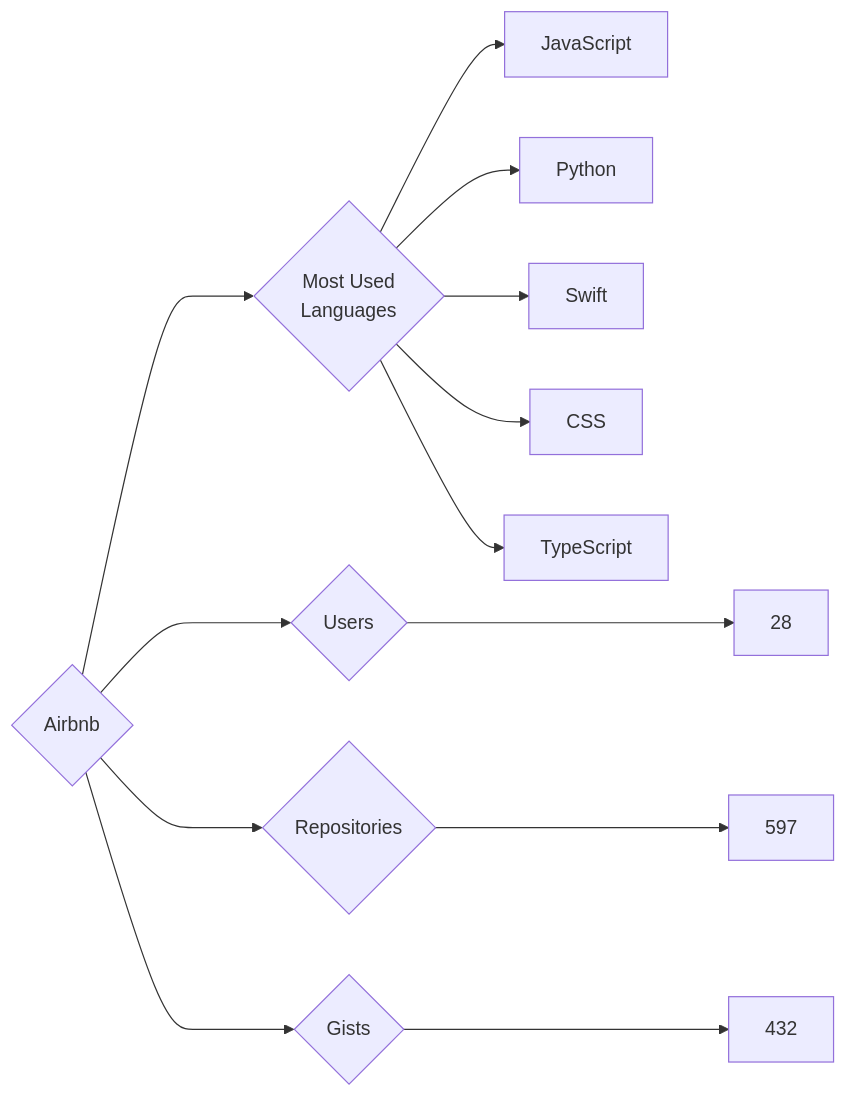
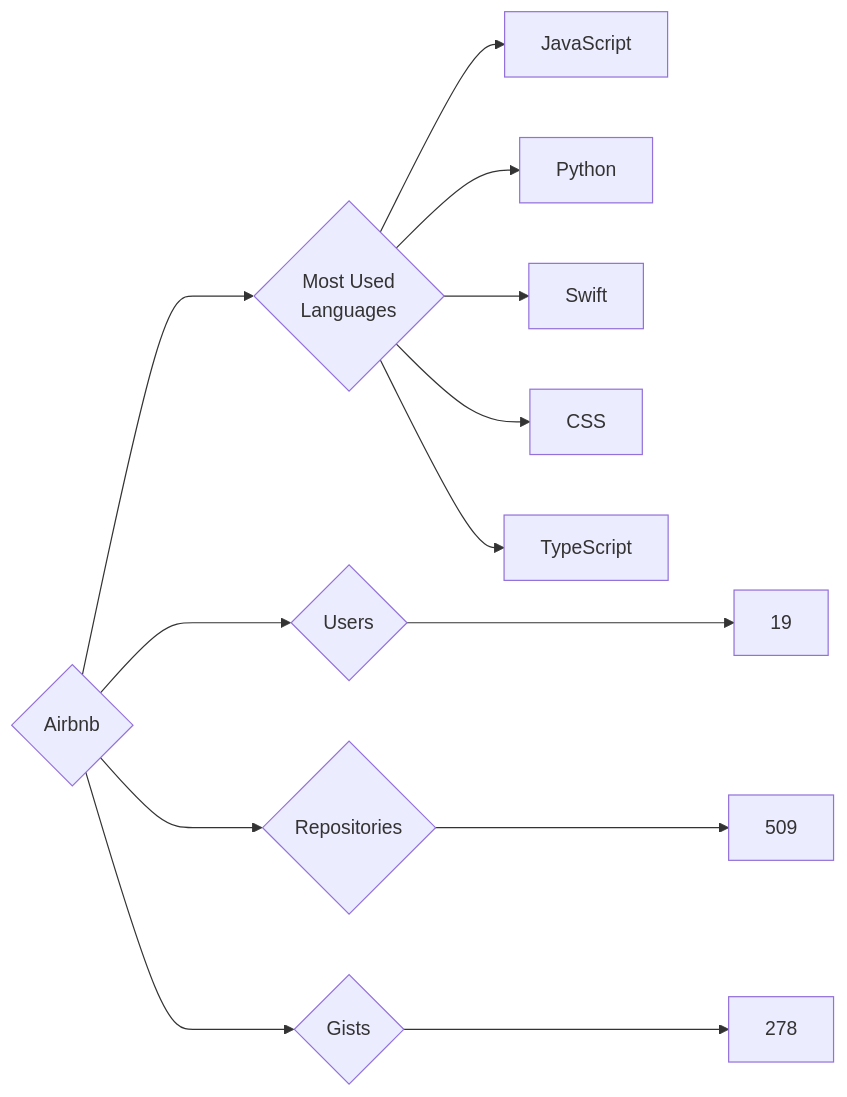
One commit to trickest/insiders changed the diagram in targets/Airbnb/README.md. Above: the diagram before and after it, drawn with Mermaid. The commit also changed 757 other files, not shown here.

````diff
--- a/targets/Airbnb/README.md
+++ b/targets/Airbnb/README.md
@@ -3,13 +3,13 @@
 ```mermaid
 graph LR
 COMPANY_NAME{Airbnb}
-COMPANY_NAME ---> U{Users} ---> UN[28]
-COMPANY_NAME ---> R{Repositories} ---> RN[597]
-COMPANY_NAME ---> G{Gists} ---> GN[432]
+COMPANY_NAME ---> U{Users} ---> UN[19]
+COMPANY_NAME ---> R{Repositories} ---> RN[509]
+COMPANY_NAME ---> G{Gists} ---> GN[278]
 COMPANY_NAME ---> ML{Most Used<br>Languages}
 ML --> JavaScript[JavaScript]
 ML --> Python[Python]
 ML --> Swift[Swift]
 ML --> CSS[CSS]
 ML --> TypeScript[TypeScript]
 ```
````
